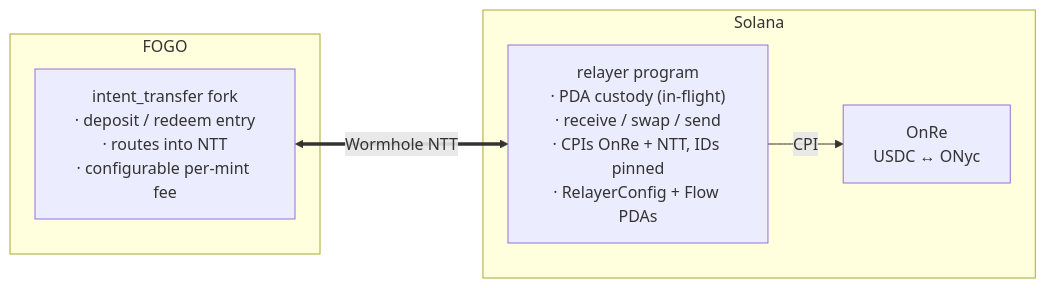
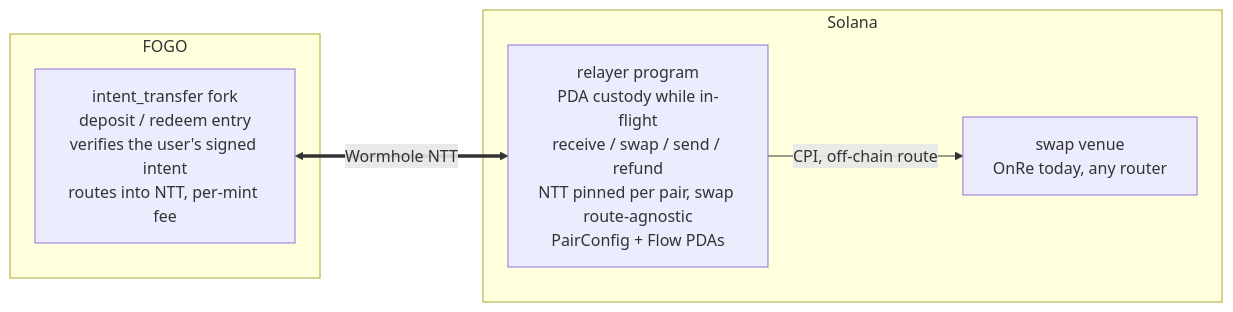
One commit to pointgroup-labs/fogo-yield changed the first of 2 diagrams in docs/architecture.md. Above: the diagram before and after it, drawn with Mermaid. The commit also changed other lines of this file, not shown here.

Commit message:
docs(architecture): align with multi-pair relayer and min_out floor

````diff
--- a/docs/architecture.md
+++ b/docs/architecture.md
@@ -17,12 +17,12 @@
 ```mermaid
 flowchart LR
     subgraph FOGO
-        IT["intent_transfer fork<br/>· deposit / redeem entry<br/>· routes into NTT<br/>· configurable per-mint fee"]
+        IT["intent_transfer fork<br/>deposit / redeem entry<br/>verifies the user's signed intent<br/>routes into NTT, per-mint fee"]
     end
     subgraph Solana
-        R["relayer program<br/>· PDA custody (in-flight)<br/>· receive / swap / send<br/>· CPIs OnRe + NTT, IDs pinned<br/>· RelayerConfig + Flow PDAs"]
-        O["OnRe<br/>USDC ↔ ONyc"]
+        R["relayer program<br/>PDA custody while in-flight<br/>receive / swap / send / refund<br/>NTT pinned per pair, swap route-agnostic<br/>PairConfig + Flow PDAs"]
+        V["swap venue<br/>OnRe today, any router"]
     end
     IT <==>|"Wormhole NTT"| R
-    R -->|CPI| O
+    R -->|"CPI, off-chain route"| V
 ```
````
